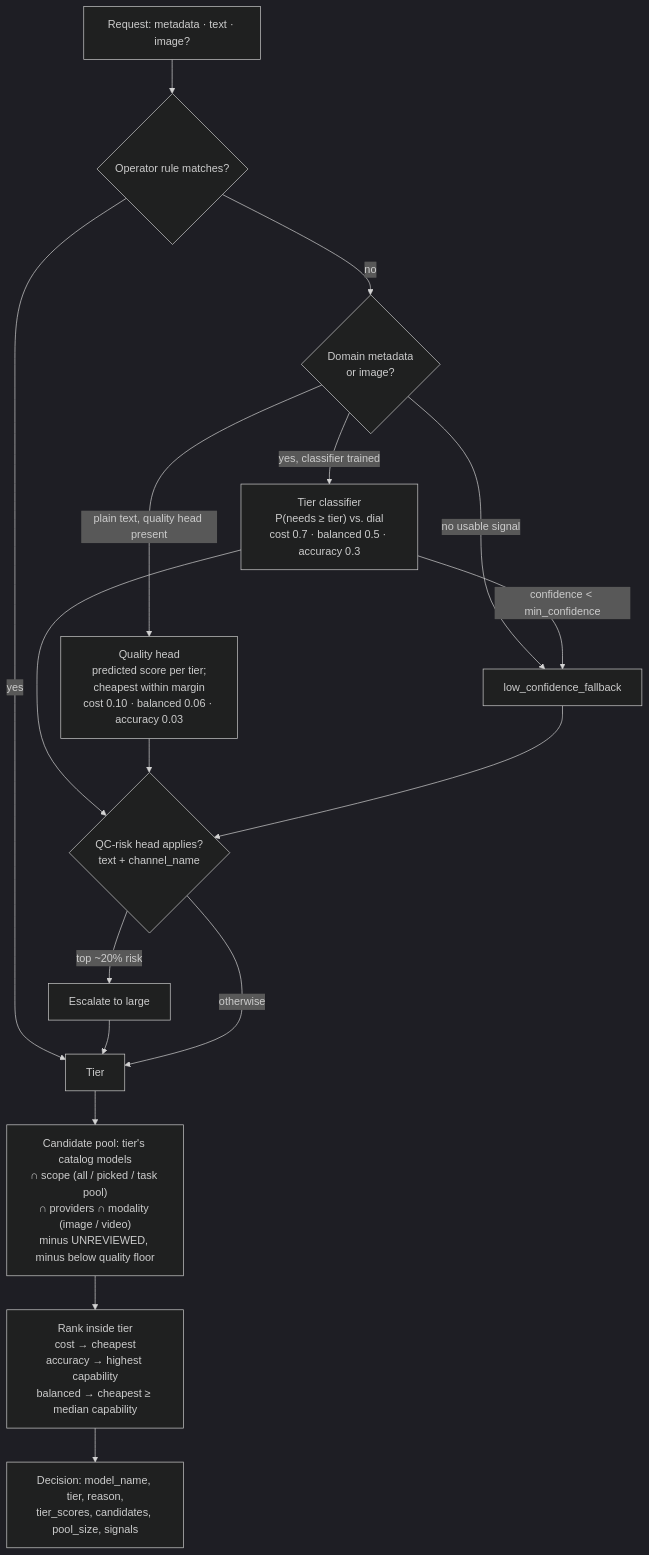
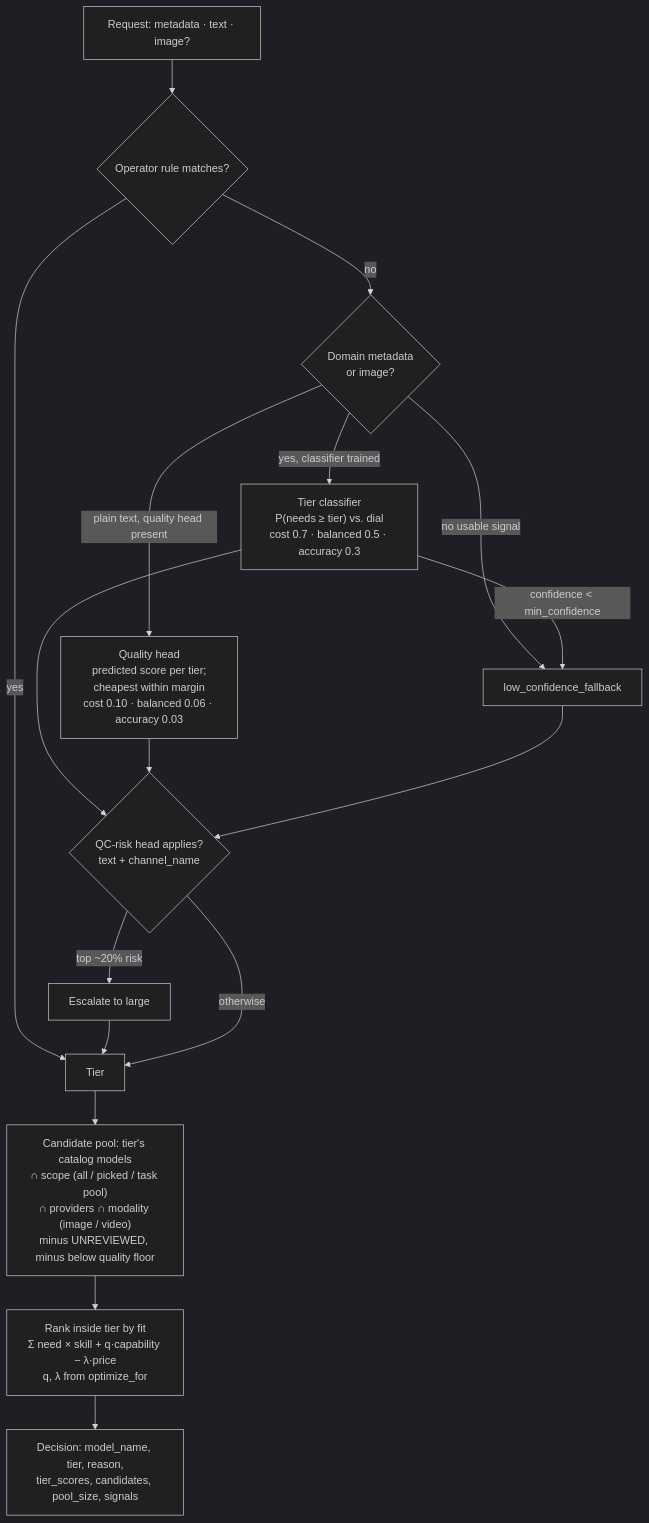
One commit to jai-ghai/LLM-Router changed the second of 3 diagrams in ARCHITECTURE.md. Above: the diagram before and after it, drawn with Mermaid (dark theme). The commit also changed other lines of this file and 12 other files, not shown here.

````diff
--- a/ARCHITECTURE.md
+++ b/ARCHITECTURE.md
@@ -61,18 +61,18 @@
 ```mermaid
 flowchart TD
     IN["Request: metadata · text · image?"] --> RULE{"Operator rule matches?"}
     RULE -->|yes| TIER["Tier"]
     RULE -->|no| KIND{"Domain metadata<br/>or image?"}
     KIND -->|yes, classifier trained| CLF["Tier classifier<br/>P(needs ≥ tier) vs. dial<br/>cost 0.7 · balanced 0.5 · accuracy 0.3"]
     KIND -->|"plain text, quality head present"| QH["Quality head<br/>predicted score per tier;<br/>cheapest within margin<br/>cost 0.10 · balanced 0.06 · accuracy 0.03"]
     KIND -->|"no usable signal"| FB["low_confidence_fallback"]
     CLF -->|"confidence < min_confidence"| FB
     CLF --> QC
     QH --> QC
     FB --> QC
     QC{"QC-risk head applies?<br/>text + channel_name"} -->|"top ~20% risk"| UP["Escalate to large"] --> TIER
     QC -->|otherwise| TIER
     TIER --> POOL["Candidate pool: tier's catalog models<br/>∩ scope (all / picked / task pool)<br/>∩ providers ∩ modality (image / video)<br/>minus UNREVIEWED, minus below quality floor"]
-    POOL --> RANK["Rank inside tier<br/>cost → cheapest<br/>accuracy → highest capability<br/>balanced → cheapest ≥ median capability"]
+    POOL --> RANK["Rank inside tier by fit<br/>Σ need × skill + q·capability − λ·price<br/>q, λ from optimize_for"]
     RANK --> OUT["Decision: model_name, tier, reason,<br/>tier_scores, candidates, pool_size, signals"]
 ```
````
